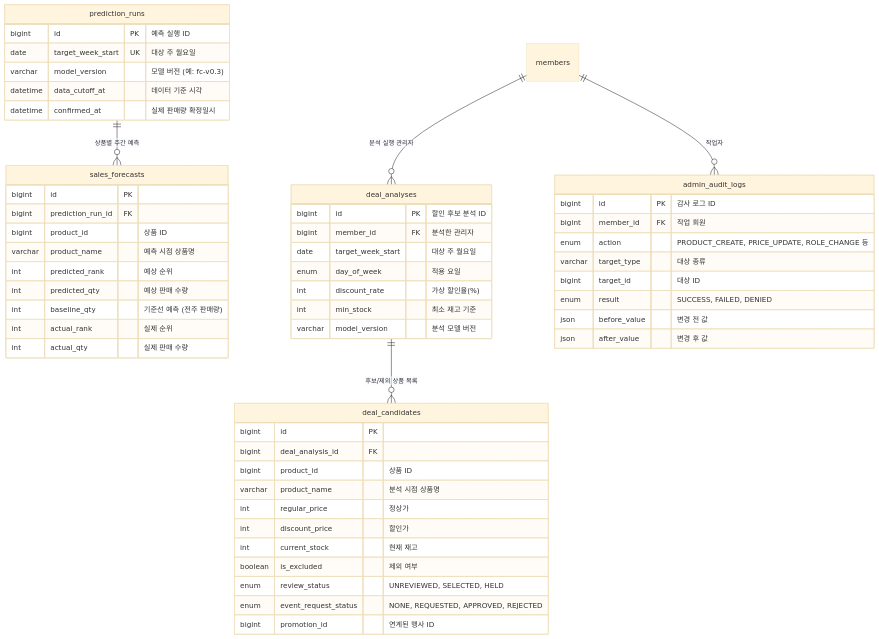
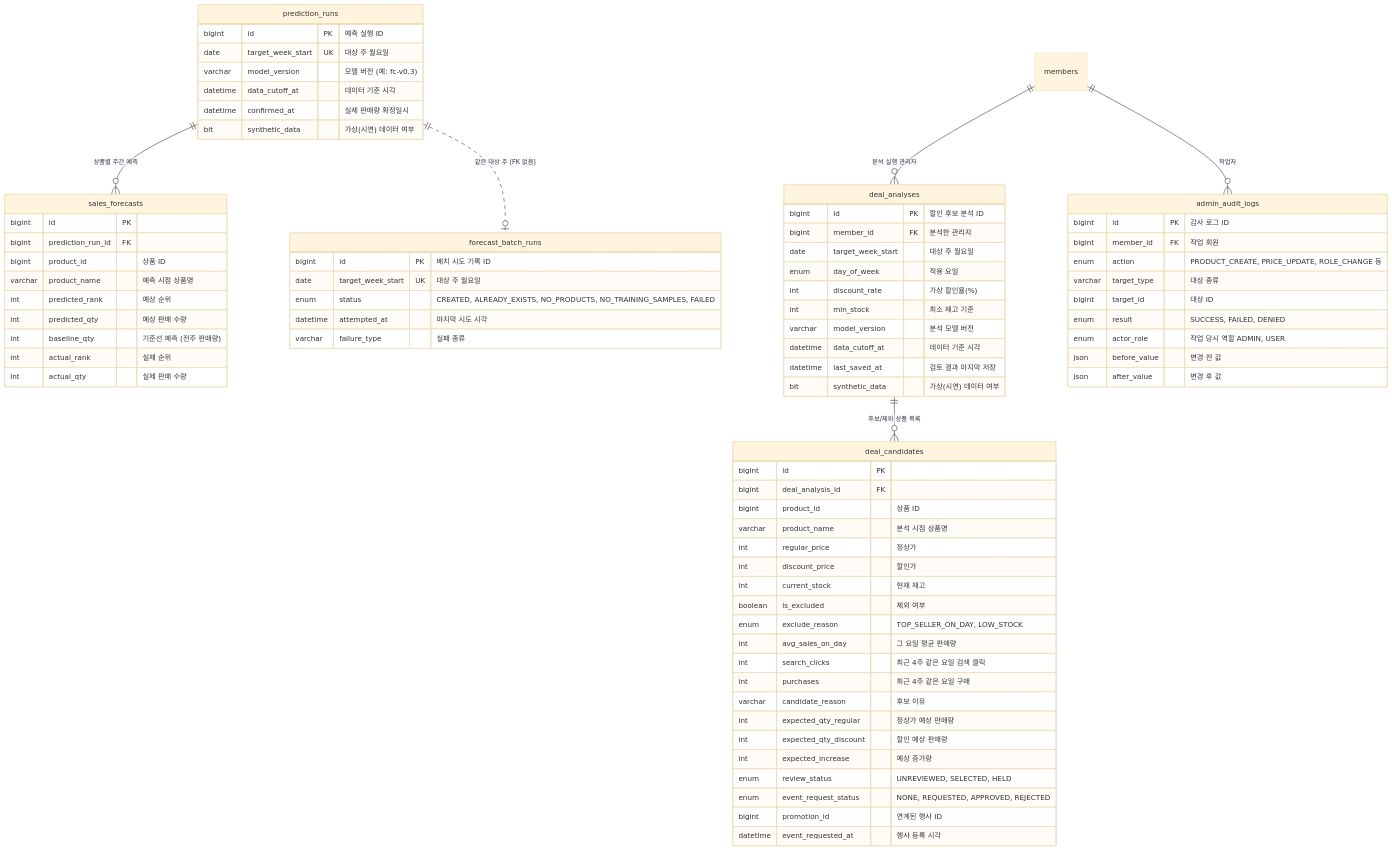
Before and after one commit to sparta-final-4/take-care-of-my-fridge: the tenth of 11 diagrams in docs/database/erd.md, drawn with Mermaid (base theme). The commit also changed other lines of this file and 2 other files, not shown here.

````diff
--- a/docs/database/erd.md
+++ b/docs/database/erd.md
@@ -487,6 +552,7 @@
 ```mermaid
 erDiagram
     prediction_runs ||--o{ sales_forecasts : "상품별 주간 예측"
+    prediction_runs ||..o| forecast_batch_runs : "같은 대상 주 (FK 없음)"
     members ||--o{ deal_analyses : "분석 실행 관리자"
     deal_analyses ||--o{ deal_candidates : "후보/제외 상품 목록"
     members ||--o{ admin_audit_logs : "작업자"
@@ -497,6 +563,7 @@
         varchar model_version "모델 버전 (예: fc-v0.3)"
         datetime data_cutoff_at "데이터 기준 시각"
         datetime confirmed_at "실제 판매량 확정일시"
+        bit synthetic_data "가상(시연) 데이터 여부"
     }
 
     sales_forecasts {
@@ -511,6 +578,14 @@
         int actual_qty "실제 판매 수량"
     }
 
+    forecast_batch_runs {
+        bigint id PK "배치 시도 기록 ID"
+        date target_week_start UK "대상 주 월요일"
+        enum status "CREATED, ALREADY_EXISTS, NO_PRODUCTS, NO_TRAINING_SAMPLES, FAILED"
+        datetime attempted_at "마지막 시도 시각"
+        varchar failure_type "실패 종류"
+    }
+
     deal_analyses {
         bigint id PK "할인 후보 분석 ID"
         bigint member_id FK "분석한 관리자"
@@ -519,6 +594,9 @@
         int discount_rate "가상 할인율(%)"
         int min_stock "최소 재고 기준"
         varchar model_version "분석 모델 버전"
+        datetime data_cutoff_at "데이터 기준 시각"
+        datetime last_saved_at "검토 결과 마지막 저장"
+        bit synthetic_data "가상(시연) 데이터 여부"
     }
 
     deal_candidates {
@@ -530,9 +608,18 @@
         int discount_price "할인가"
         int current_stock "현재 재고"
         boolean is_excluded "제외 여부"
+        enum exclude_reason "TOP_SELLER_ON_DAY, LOW_STOCK"
+        int avg_sales_on_day "그 요일 평균 판매량"
+        int search_clicks "최근 4주 같은 요일 검색 클릭"
+        int purchases "최근 4주 같은 요일 구매"
+        varchar candidate_reason "후보 이유"
+        int expected_qty_regular "정상가 예상 판매량"
+        int expected_qty_discount "할인 예상 판매량"
+        int expected_increase "예상 증가량"
         enum review_status "UNREVIEWED, SELECTED, HELD"
         enum event_request_status "NONE, REQUESTED, APPROVED, REJECTED"
         bigint promotion_id "연계된 행사 ID"
+        datetime event_requested_at "행사 등록 시각"
     }
 
     admin_audit_logs {
@@ -542,6 +629,7 @@
         varchar target_type "대상 종류"
         bigint target_id "대상 ID"
         enum result "SUCCESS, FAILED, DENIED"
+        enum actor_role "작업 당시 역할 ADMIN, USER"
         json before_value "변경 전 값"
         json after_value "변경 후 값"
     }
````
